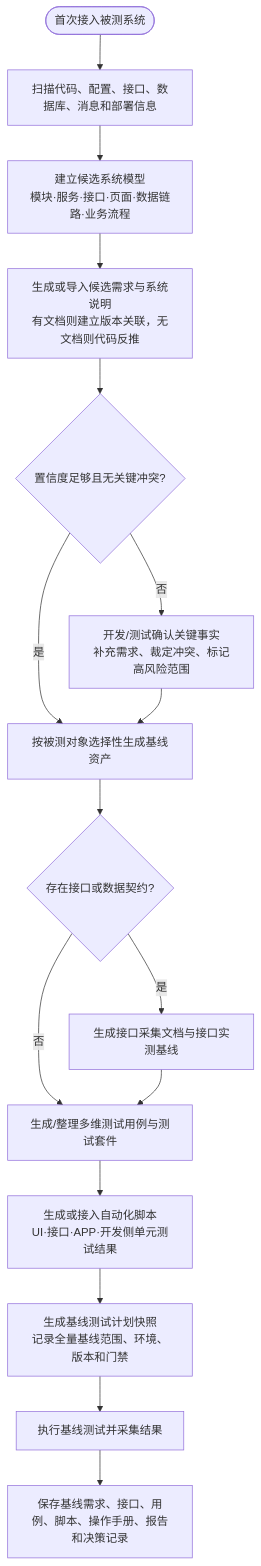
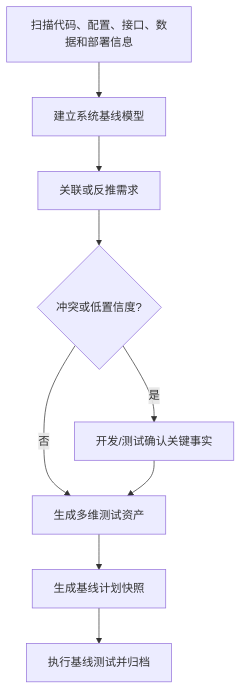
The fourth of 9 diagrams in AI驱动自动化测试平台自研落地实施方案.md (xiangsong97/xueran), drawn with Mermaid before and after one commit. The commit also changed other lines of this file, not shown here.

Commit message:
docs: streamline architecture and complete governance details

````diff
--- a/AI驱动自动化测试平台自研落地实施方案.md
+++ b/AI驱动自动化测试平台自研落地实施方案.md
@@ -700,18 +631,11 @@
 ```mermaid
 flowchart TD
-    START(["首次接入被测系统"]) --> SCAN["扫描代码、配置、接口、数据库、消息和部署信息"]
-    SCAN --> MODEL["建立候选系统模型<br/>模块·服务·接口·页面·数据链路·业务流程"]
-    MODEL --> REQ["生成或导入候选需求与系统说明<br/>有文档则建立版本关联，无文档则代码反推"]
-    REQ --> CHECK{"置信度足够且无关键冲突?"}
-    CHECK -- "是" --> ASSET
-    CHECK -- "否" --> HUMAN["开发/测试确认关键事实<br/>补充需求、裁定冲突、标记高风险范围"]
-    HUMAN --> ASSET["按被测对象选择性生成基线资产"]
-    ASSET --> API{"存在接口或数据契约?"}
-    API -- "是" --> API_DOC["生成接口采集文档与接口实测基线"]
-    API -- "否" --> CASES
-    API_DOC --> CASES["生成/整理多维测试用例与测试套件"]
-    CASES --> SCRIPT["生成或接入自动化脚本<br/>UI·接口·APP·开发侧单元测试结果"]
-    SCRIPT --> SNAPSHOT["生成基线测试计划快照<br/>记录全量基线范围、环境、版本和门禁"]
-    SNAPSHOT --> EXEC["执行基线测试并采集结果"]
-    EXEC --> STORE["保存基线需求、接口、用例、脚本、操作手册、报告和决策记录"]
+    A["扫描代码、配置、接口、数据和部署信息"] --> B["建立系统基线模型"]
+    B --> C["关联或反推需求"]
+    C --> D{"冲突或低置信度?"}
+    D -- "是" --> E["开发/测试确认关键事实"]
+    D -- "否" --> F["生成多维测试资产"]
+    E --> F
+    F --> G["生成基线计划快照"]
+    G --> H["执行基线测试并归档"]
 ```
````
